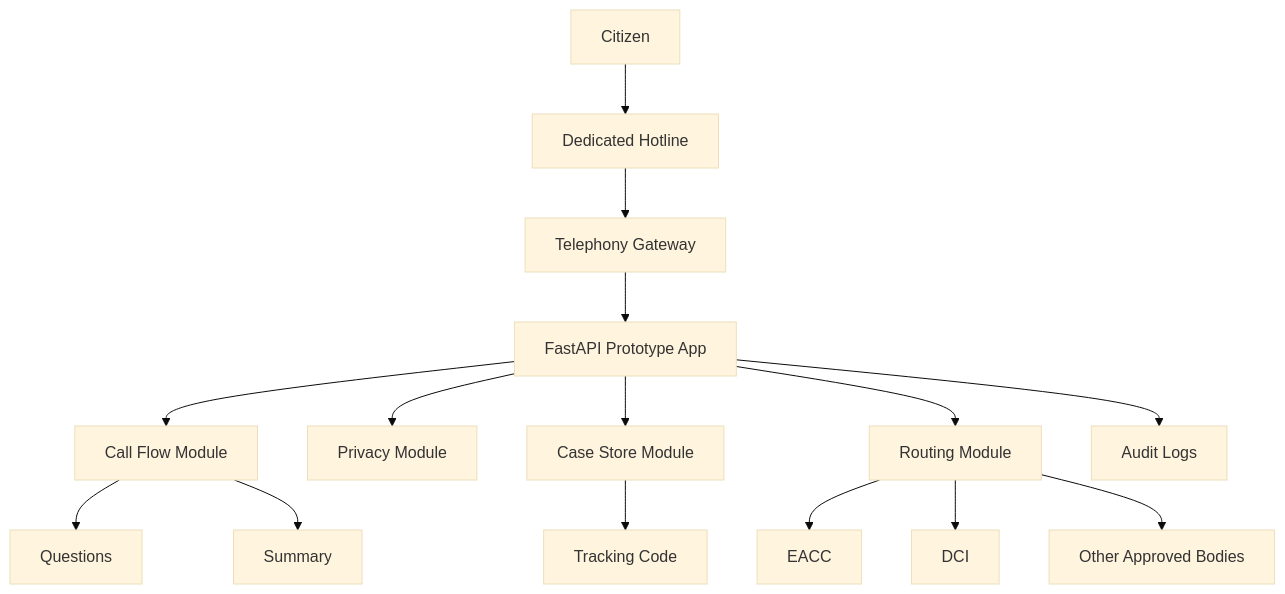
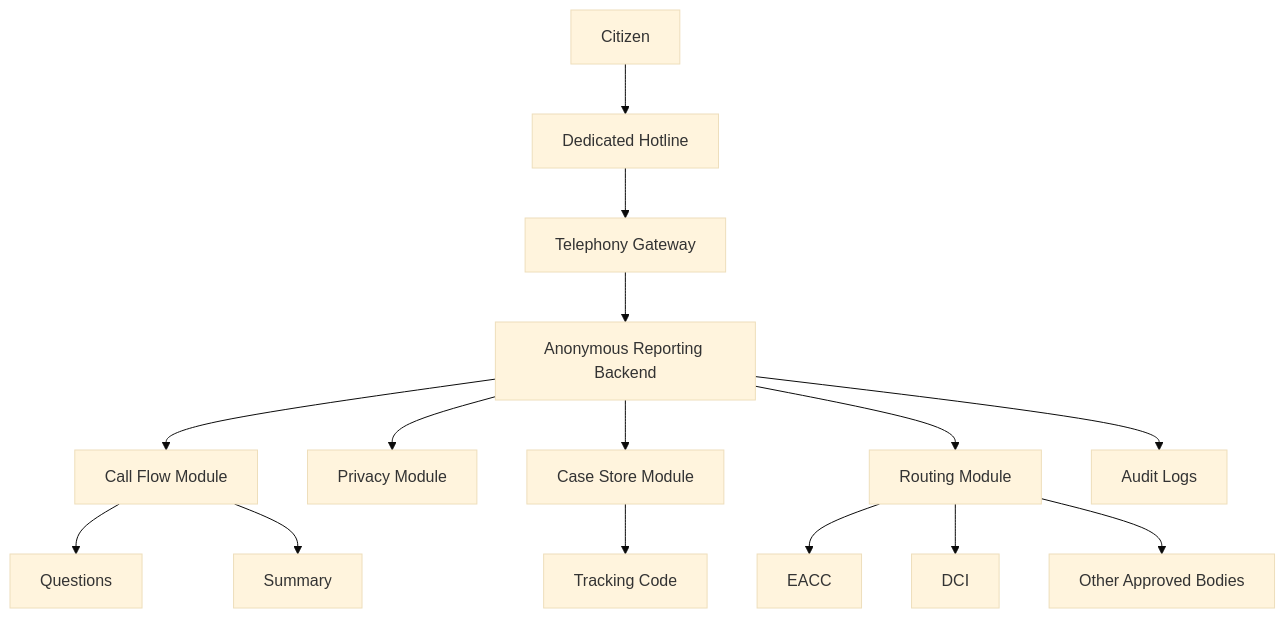
Before and after one commit to luchetu/ripoti-kwa-siri: the diagram in docs/architecture/ripoti-kwa-siri-architecture.md, drawn with Mermaid (base theme). The commit also changed other lines of this file and 1 other file, not shown here.

Commit message:
Refine backend wording in architecture docs

````diff
--- a/docs/architecture/ripoti-kwa-siri-architecture.md
+++ b/docs/architecture/ripoti-kwa-siri-architecture.md
@@ -9,21 +9,21 @@
 ```mermaid
 flowchart TD
     A["Citizen"] --> B["Dedicated Hotline"]
     B --> C["Telephony Gateway"]
-    C --> D["FastAPI Prototype App"]
+    C --> D["Anonymous Reporting Backend"]
 
     D --> E["Call Flow Module"]
     D --> F["Privacy Module"]
     D --> G["Case Store Module"]
     D --> H["Routing Module"]
 
     E --> E1["Questions"]
     E --> E2["Summary"]
     G --> G1["Tracking Code"]
 
     H --> I["EACC"]
     H --> J["DCI"]
     H --> K["Other Approved Bodies"]
 
     D --> L["Audit Logs"]
 ```
````
